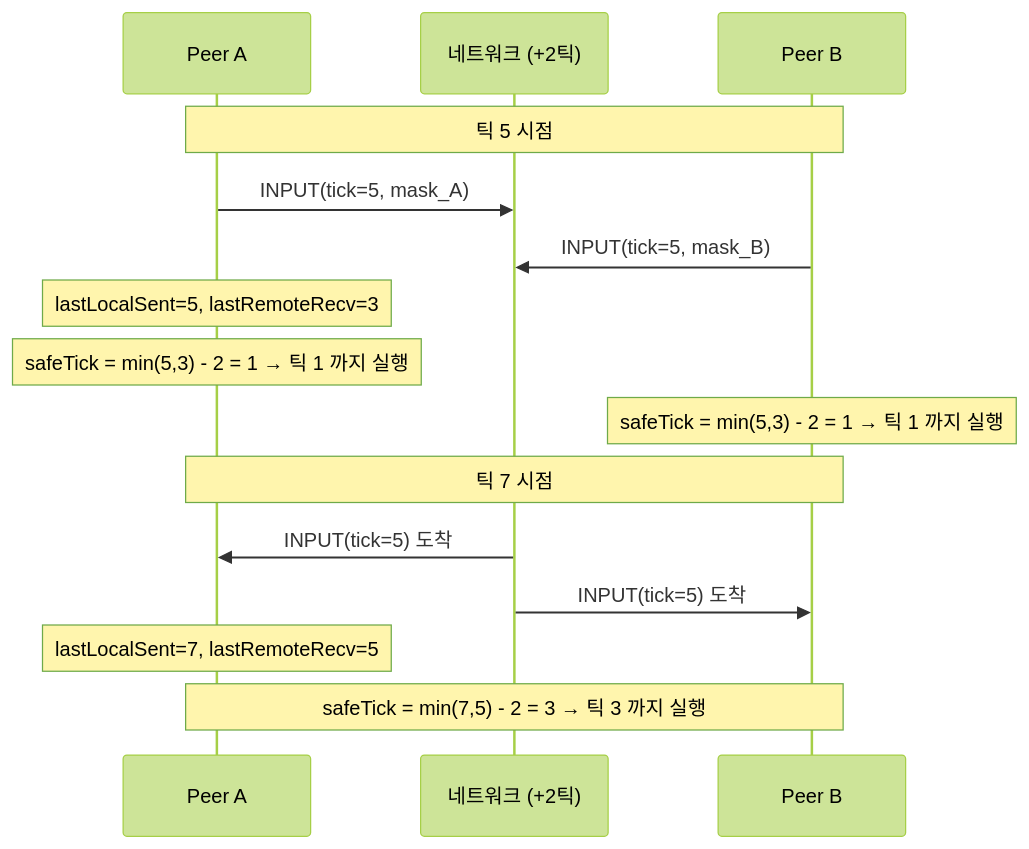
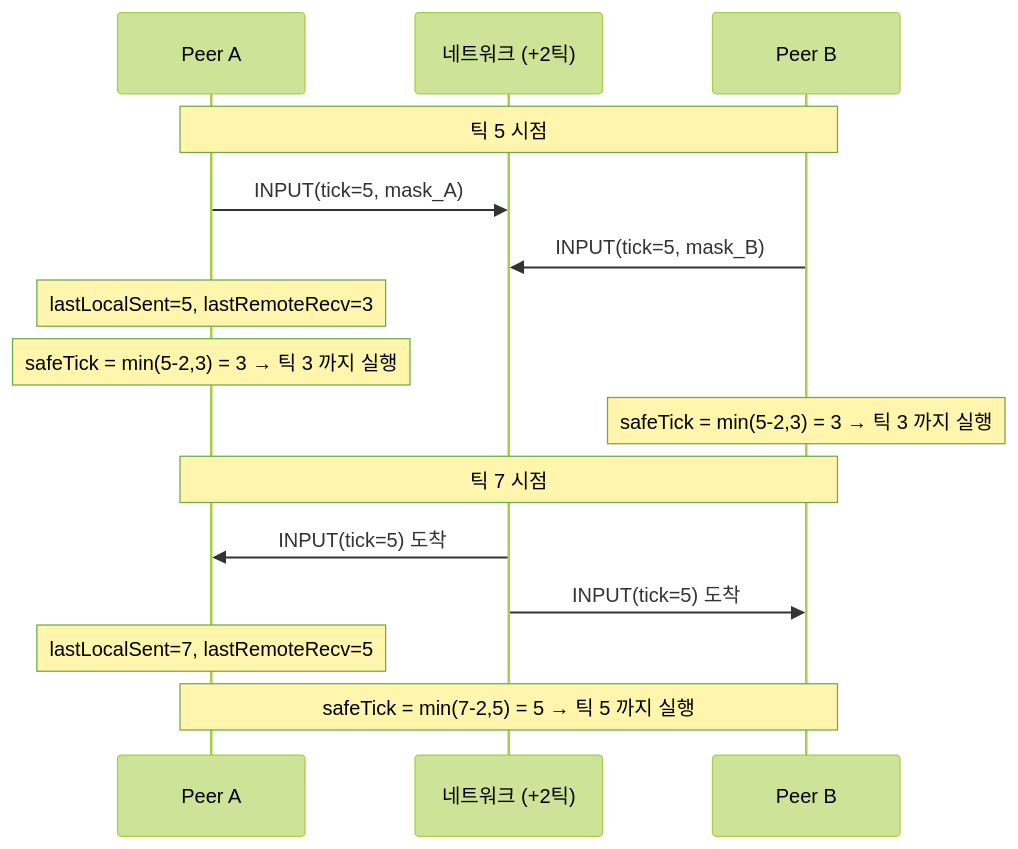
The fourth of 10 diagrams in docs/blog/part6-lockstep-networking.md (Rein-ArXiv/Tetris-Multiplayer-RL), drawn with Mermaid (forest theme) before and after one commit. The commit also changed other lines of this file and 51035 other files, not shown here.

````diff
--- a/docs/blog/part6-lockstep-networking.md
+++ b/docs/blog/part6-lockstep-networking.md
@@ -1225,19 +1266,19 @@
 ```mermaid
 sequenceDiagram
     participant A as Peer A
     participant N as 네트워크 (+2틱)
     participant B as Peer B
 
     Note over A,B: 틱 5 시점
     A->>N: INPUT(tick=5, mask_A)
     B->>N: INPUT(tick=5, mask_B)
     Note over A: lastLocalSent=5, lastRemoteRecv=3
-    Note over A: safeTick = min(5,3) - 2 = 1 → 틱 1 까지 실행
-    Note over B: safeTick = min(5,3) - 2 = 1 → 틱 1 까지 실행
+    Note over A: safeTick = min(5-2,3) = 3 → 틱 3 까지 실행
+    Note over B: safeTick = min(5-2,3) = 3 → 틱 3 까지 실행
 
     Note over A,B: 틱 7 시점
     N->>A: INPUT(tick=5) 도착
     N->>B: INPUT(tick=5) 도착
     Note over A: lastLocalSent=7, lastRemoteRecv=5
-    Note over A,B: safeTick = min(7,5) - 2 = 3 → 틱 3 까지 실행
+    Note over A,B: safeTick = min(7-2,5) = 5 → 틱 5 까지 실행
 ```
````
